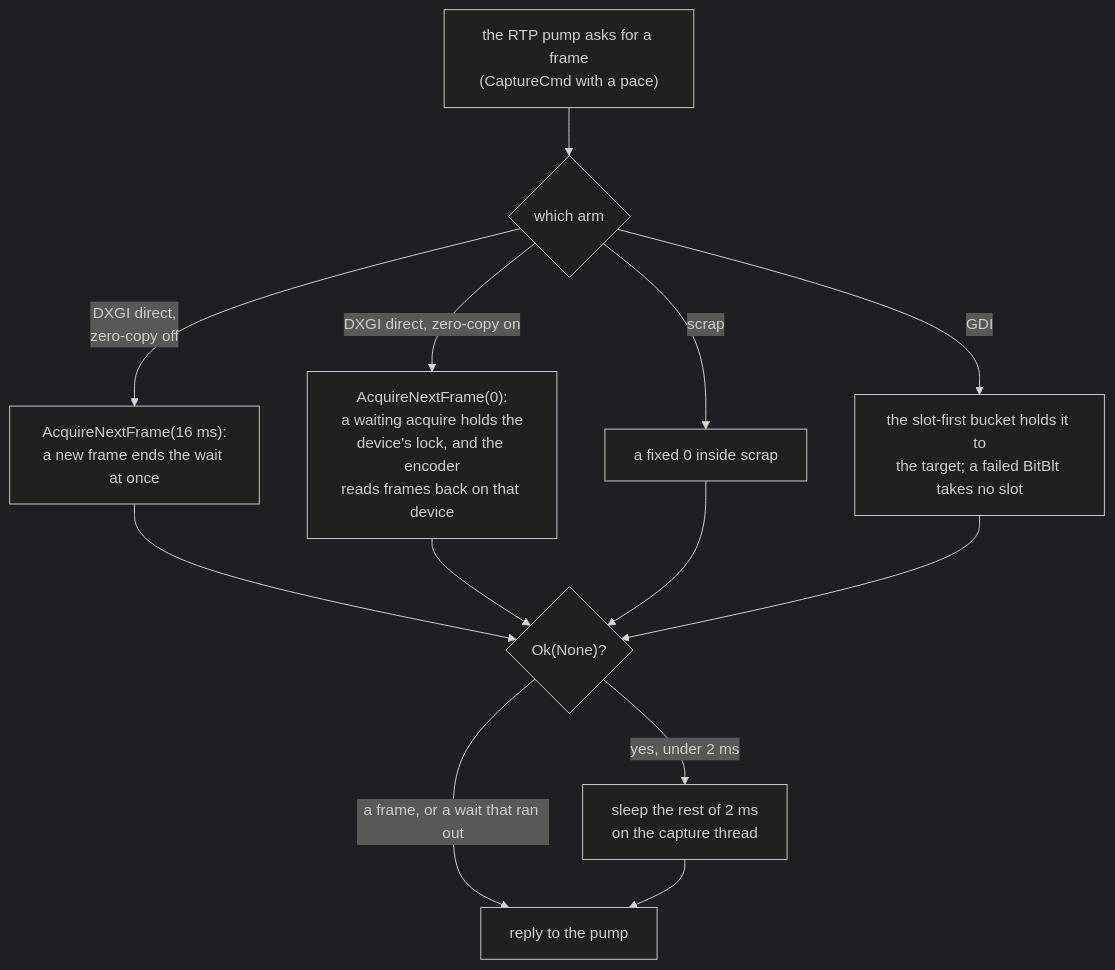
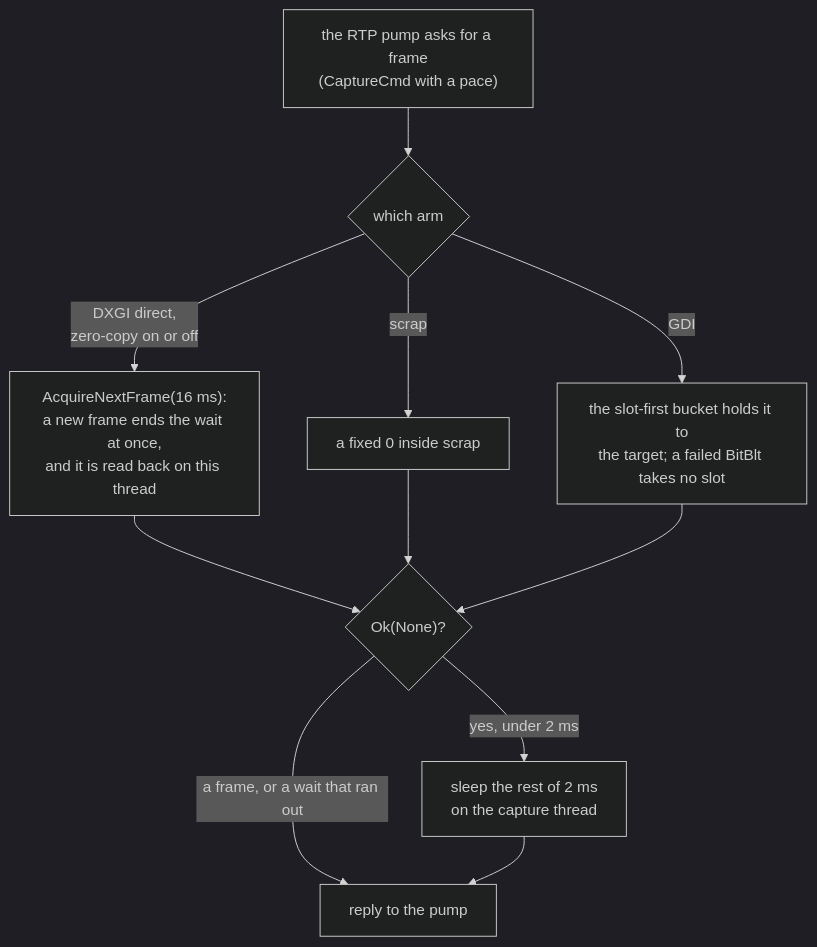
One commit to gjovanov/roomler-ai changed diagram 14 of 39 in docs/remote-control.md. Above: the diagram before and after it, drawn with Mermaid (dark theme). The commit also changed other lines of this file and 6 other files, not shown here.

````diff
--- a/docs/remote-control.md
+++ b/docs/remote-control.md
@@ -976,15 +976,13 @@
 ```mermaid
 flowchart TB
     ASK["the RTP pump asks for a frame<br/>(CaptureCmd with a pace)"] --> ARM{"which arm"}
-    ARM -->|"DXGI direct,<br/>zero-copy off"| WAIT["AcquireNextFrame(16 ms):<br/>a new frame ends the wait at once"]
-    ARM -->|"DXGI direct, zero-copy on"| POLL["AcquireNextFrame(0):<br/>a waiting acquire holds the<br/>device's lock, and the encoder<br/>reads frames back on that device"]
-    ARM -->|"scrap"| POLL2["a fixed 0 inside scrap"]
+    ARM -->|"DXGI direct,<br/>zero-copy on or off"| WAIT["AcquireNextFrame(16 ms):<br/>a new frame ends the wait at once,<br/>and it is read back on this thread"]
+    ARM -->|"scrap"| POLL["a fixed 0 inside scrap"]
     ARM -->|"GDI"| GATE["the slot-first bucket holds it to<br/>the target; a failed BitBlt takes no slot"]
     WAIT --> EMPTY{"Ok(None)?"}
     POLL --> EMPTY
-    POLL2 --> EMPTY
     GATE --> EMPTY
     EMPTY -->|"yes, under 2 ms"| FLOOR["sleep the rest of 2 ms<br/>on the capture thread"]
     EMPTY -->|"a frame, or a wait that ran out"| REPLY["reply to the pump"]
     FLOOR --> REPLY
 ```
````
